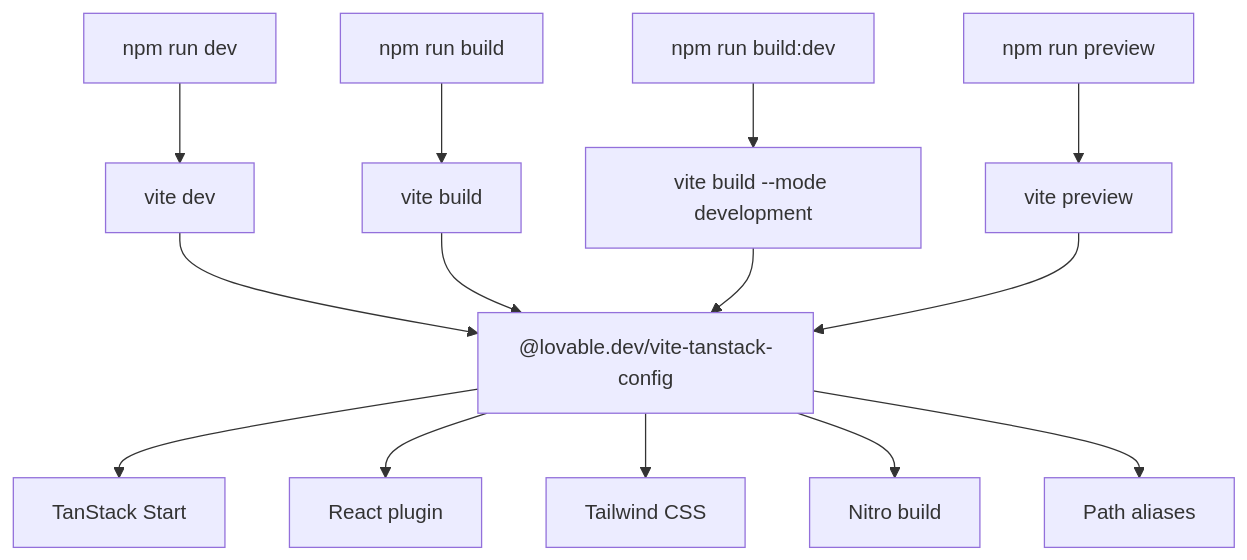
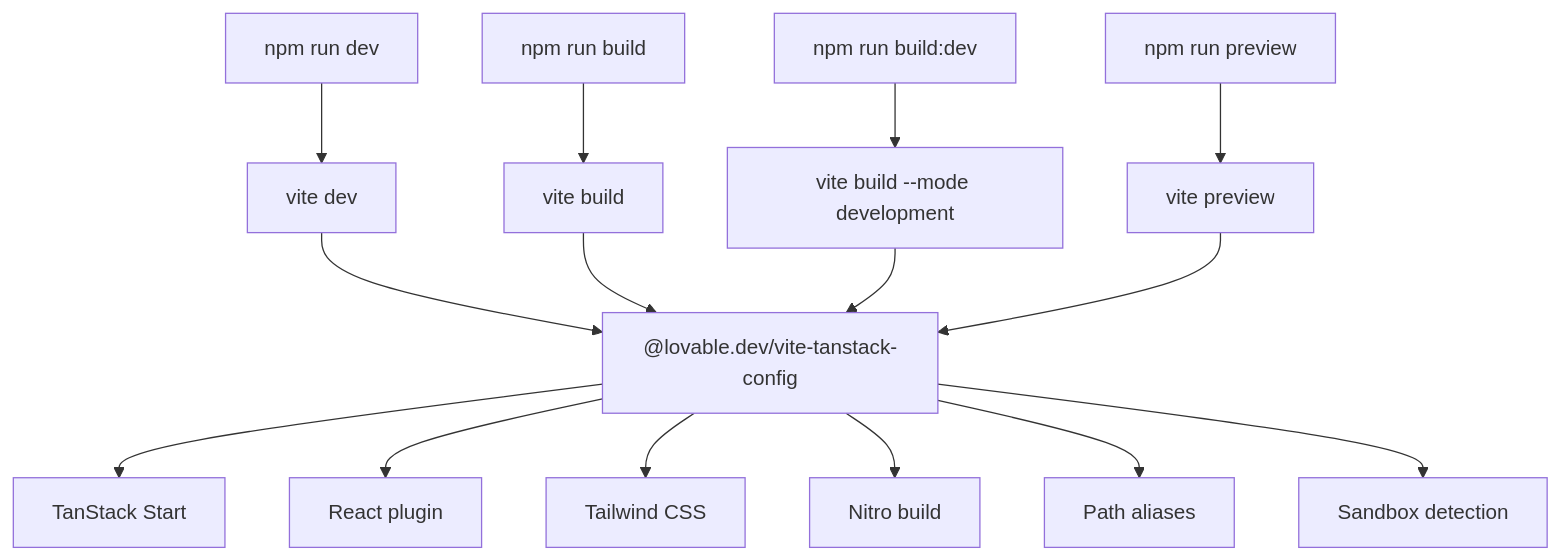
Before and after one commit to Mohita111/API2: the second of 2 diagrams in dromeas/docs/api2-documentation/plan_2026-11-12_209684/internal-docs/setting-up-codeknit-development-environment.md, drawn with Mermaid. The commit also changed other lines of this file and 15 other files, not shown here.

````diff
--- a/dromeas/docs/api2-documentation/plan_2026-11-12_209684/internal-docs/setting-up-codeknit-development-environment.md
+++ b/dromeas/docs/api2-documentation/plan_2026-11-12_209684/internal-docs/setting-up-codeknit-development-environment.md
@@ -166,16 +182,17 @@
 ```mermaid
 graph TD
     A[npm run dev] --> B[vite dev]
     C[npm run build] --> D[vite build]
     E["npm run build:dev"] --> F[vite build --mode development]
     G[npm run preview] --> H[vite preview]
     B --> I["@lovable.dev/vite-tanstack-config"]
     D --> I
     F --> I
     H --> I
     I --> J[TanStack Start]
     I --> K[React plugin]
     I --> L[Tailwind CSS]
     I --> M[Nitro build]
     I --> N[Path aliases]
+    I --> O[Sandbox detection]
 ```
````
